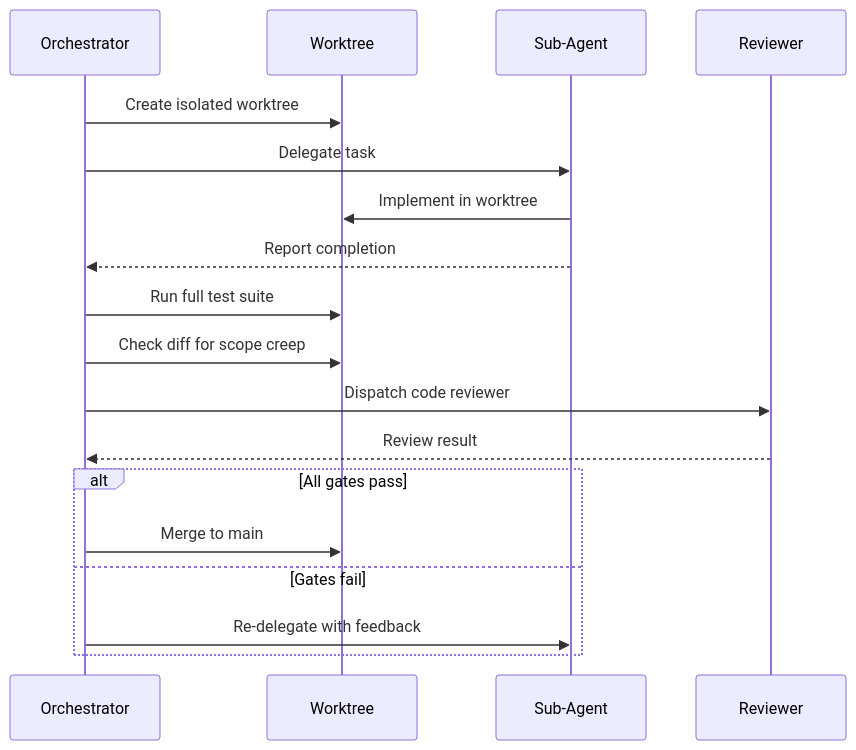
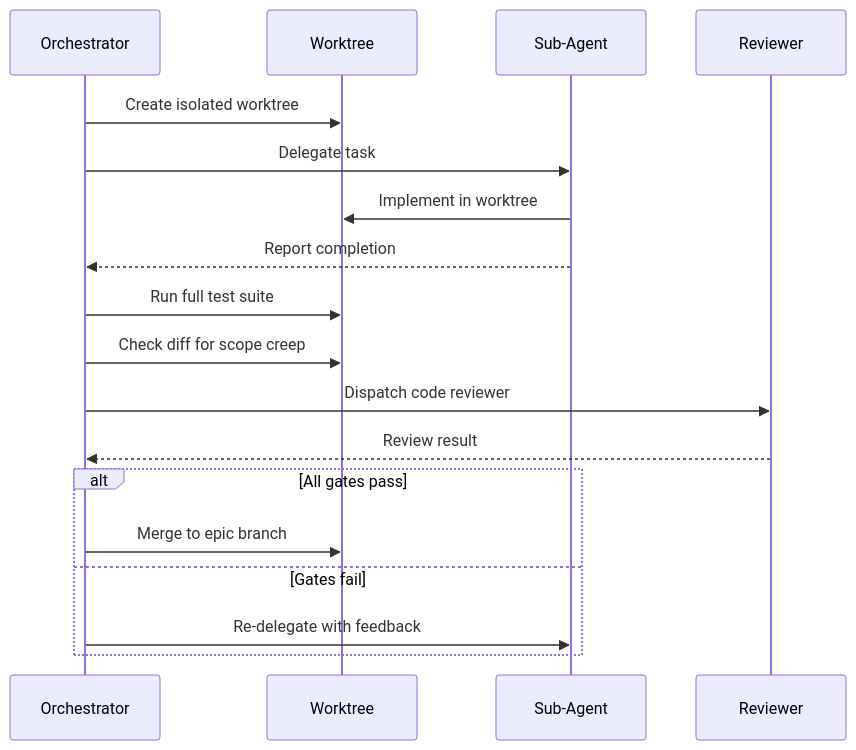
Before and after one commit to DollarDill/beads-superpowers: the third of 3 diagrams in docs/workflow.md, drawn with Mermaid. The commit also changed other lines of this file and 5 other files, not shown here.

First line of the commit message:
docs: add panzoom zoom/pan/fullscreen, audit all 8 Mermaid diagrams (bd-klto)

````diff
--- a/docs/workflow.md
+++ b/docs/workflow.md
@@ -111,21 +123,21 @@
 ```mermaid
 sequenceDiagram
   participant O as Orchestrator
   participant W as Worktree
   participant S as Sub-Agent
   participant R as Reviewer
 
   O->>W: Create isolated worktree
   O->>S: Delegate task
   S->>W: Implement in worktree
   S-->>O: Report completion
   O->>W: Run full test suite
   O->>W: Check diff for scope creep
   O->>R: Dispatch code reviewer
   R-->>O: Review result
   alt All gates pass
-    O->>W: Merge to main
+    O->>W: Merge to epic branch
   else Gates fail
     O->>S: Re-delegate with feedback
   end
 ```
````
